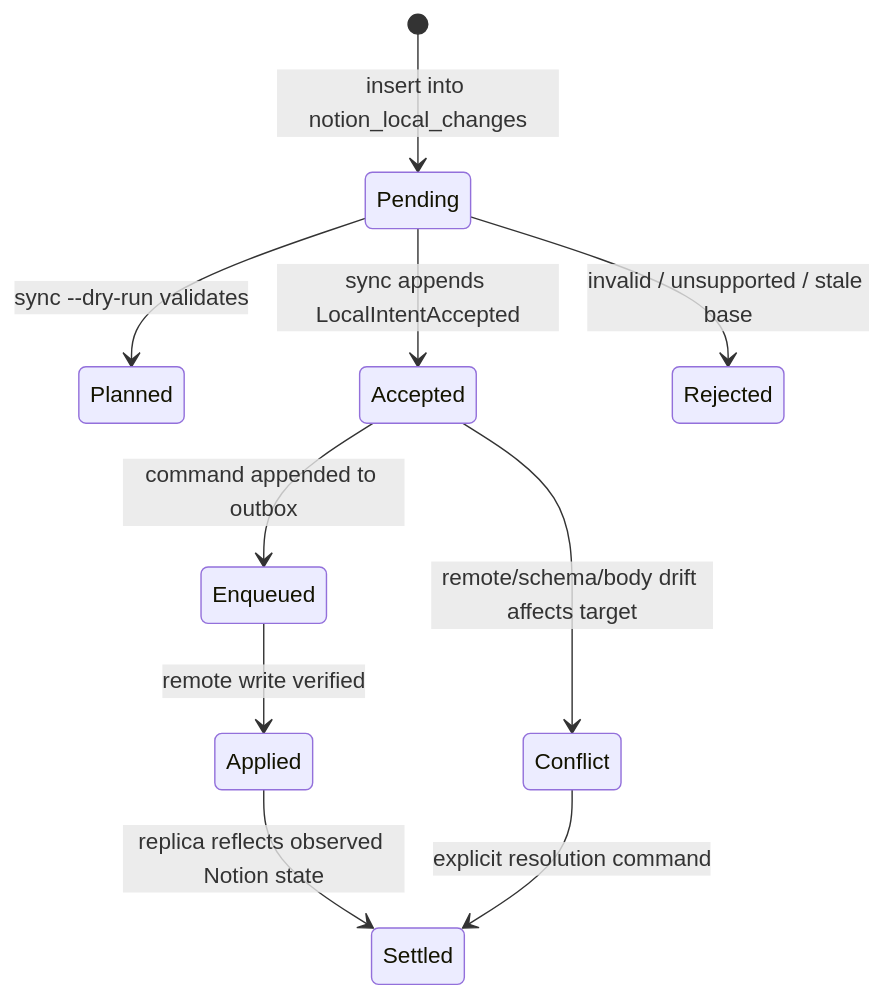
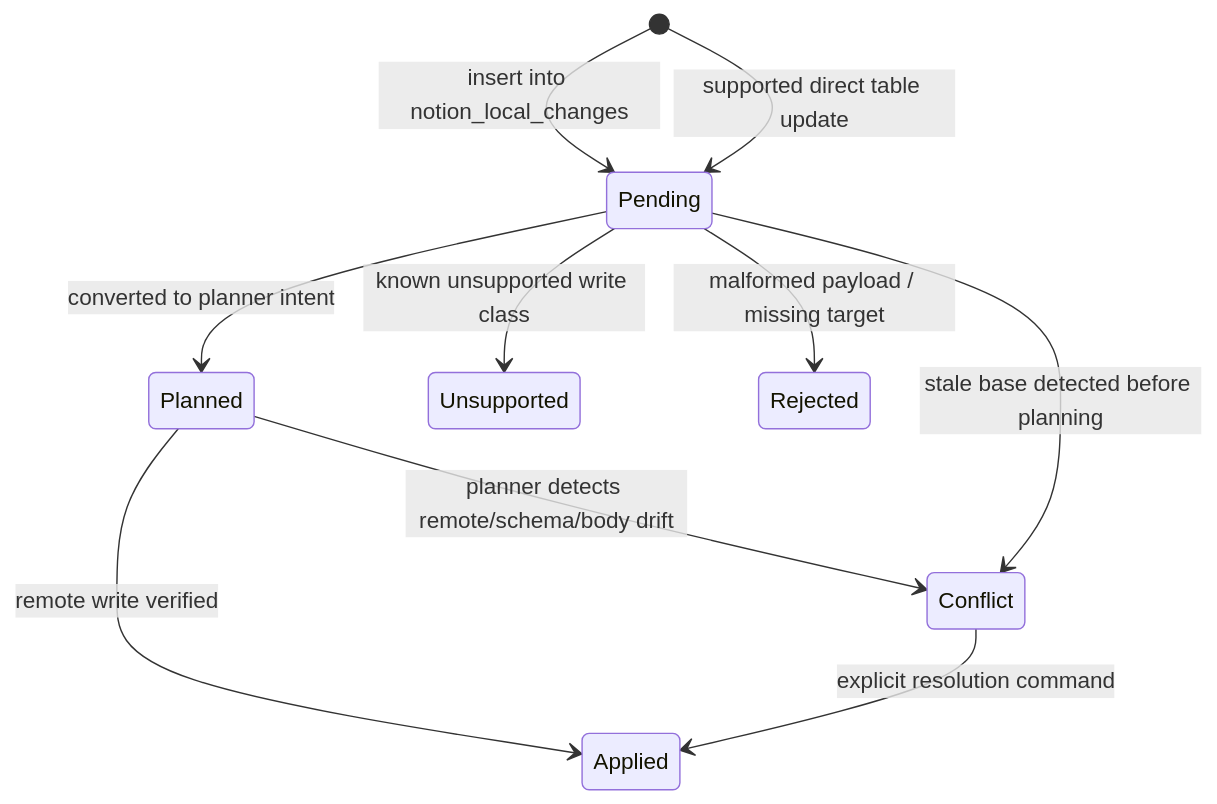
One commit to overengineeringstudio/effect-utils changed the first of 4 diagrams in packages/@overeng/notion-datasource-sync/docs/vrs/spec.md. Above: the diagram before and after it, drawn with Mermaid. The commit also changed other lines of this file and 9 other files, not shown here.

````diff
--- a/packages/@overeng/notion-datasource-sync/docs/vrs/spec.md
+++ b/packages/@overeng/notion-datasource-sync/docs/vrs/spec.md
@@ -402,12 +400,12 @@
 ```mermaid
 stateDiagram-v2
   [*] --> Pending: insert into notion_local_changes
-  Pending --> Planned: sync --dry-run validates
-  Pending --> Accepted: sync appends LocalIntentAccepted
-  Accepted --> Enqueued: command appended to outbox
-  Enqueued --> Applied: remote write verified
-  Applied --> Settled: replica reflects observed Notion state
-  Pending --> Rejected: invalid / unsupported / stale base
-  Accepted --> Conflict: remote/schema/body drift affects target
-  Conflict --> Settled: explicit resolution command
+  [*] --> Pending: supported direct table update
+  Pending --> Planned: converted to planner intent
+  Pending --> Unsupported: known unsupported write class
+  Pending --> Rejected: malformed payload / missing target
+  Pending --> Conflict: stale base detected before planning
+  Planned --> Applied: remote write verified
+  Planned --> Conflict: planner detects remote/schema/body drift
+  Conflict --> Applied: explicit resolution command
 ```
````
